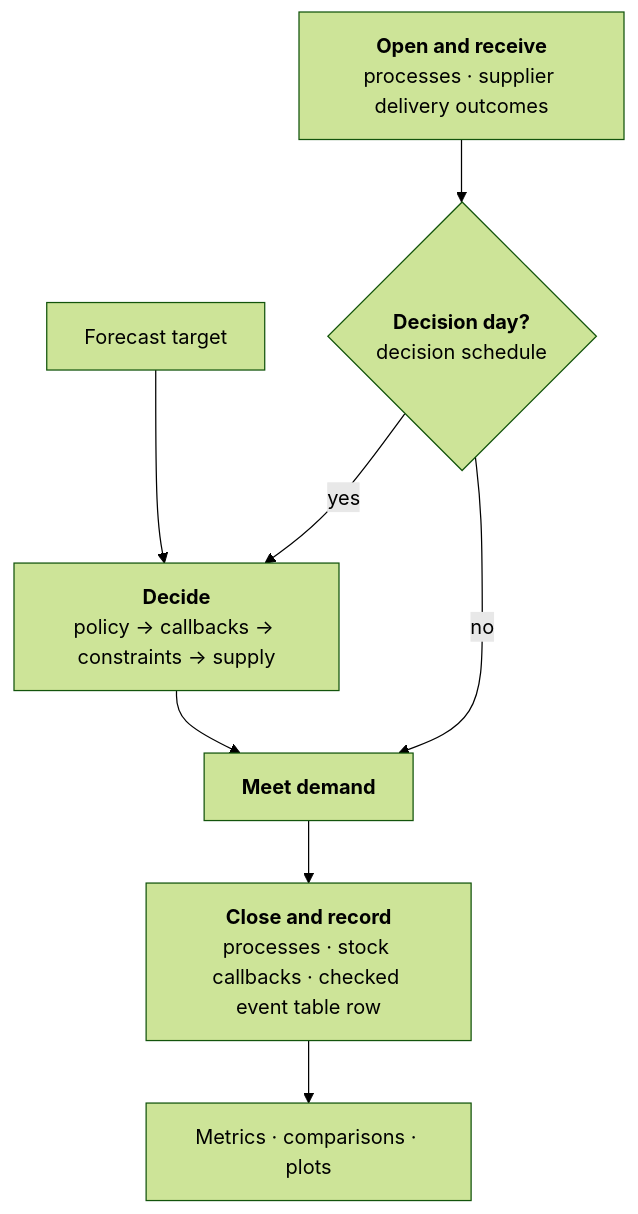
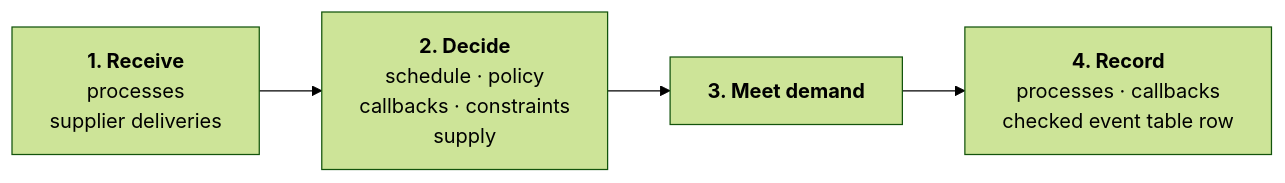
Before and after one commit to FilTheo/stockcast: the second of 3 diagrams in docs/get-started/philosophy.md, drawn with Mermaid (forest theme). The commit also changed other lines of this file, not shown here.

````diff
--- a/docs/get-started/philosophy.md
+++ b/docs/get-started/philosophy.md
@@ -243,10 +191,6 @@
 ```mermaid
-flowchart TD
-    A["<b>Open and receive</b><br/>processes · supplier delivery outcomes"] --> C{"<b>Decision day?</b><br/>decision schedule"}
-    F["Forecast target"] --> P
-    C -- yes --> P["<b>Decide</b><br/>policy → callbacks → constraints → supply"]
-    P --> H["<b>Meet demand</b>"]
-    C -- no --> H
-    H --> I["<b>Close and record</b><br/>processes · stock callbacks · checked event table row"]
-    I --> M["Metrics · comparisons · plots"]
+flowchart LR
+    A["<b>1. Receive</b><br/>processes<br/>supplier deliveries"] --> B["<b>2. Decide</b><br/>schedule · policy<br/>callbacks · constraints<br/>supply"]
+    B --> C["<b>3. Meet demand</b>"]
+    C --> D["<b>4. Record</b><br/>processes · callbacks<br/>checked event table row"]
 ```
````
